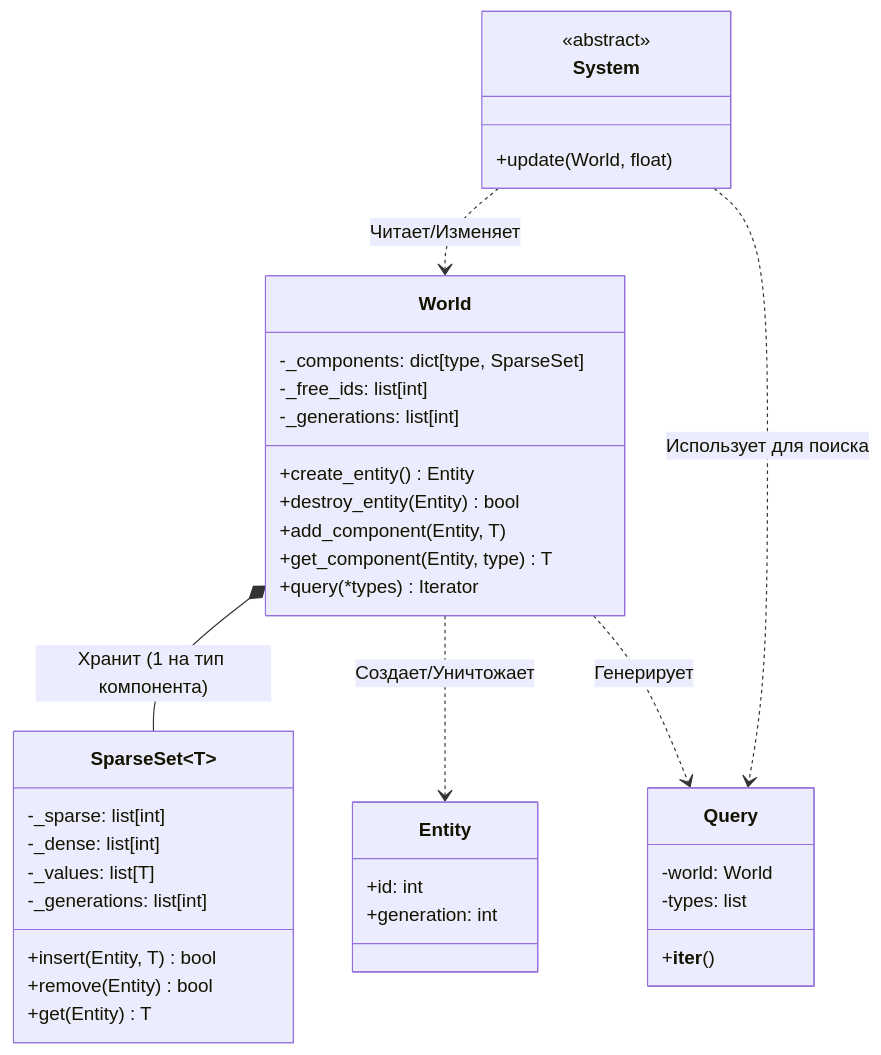
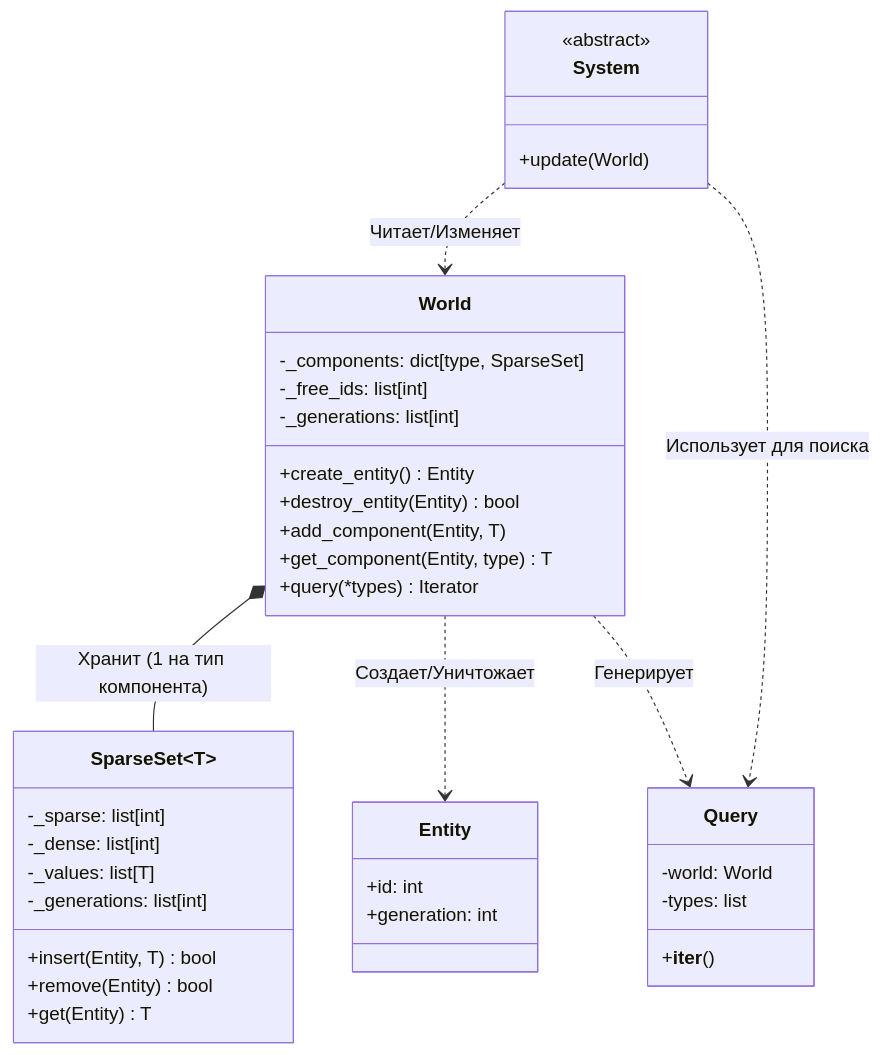
Before and after one commit to DRAGONARU/mypythongame: the second of 4 diagrams in PRESENTATION.md, drawn with Mermaid. The commit also changed other lines of this file and 1 other file, not shown here.

````diff
--- a/PRESENTATION.md
+++ b/PRESENTATION.md
@@ -140,45 +141,45 @@
 ```mermaid
 classDiagram
     class World {
         -_components: dict[type, SparseSet]
         -_free_ids: list[int]
         -_generations: list[int]
         +create_entity() Entity
         +destroy_entity(Entity) bool
         +add_component(Entity, T)
         +get_component(Entity, type) T
         +query(*types) Iterator
     }
     
     class SparseSet~T~ {
         -_sparse: list[int]
         -_dense: list[int]
         -_values: list[T]
         -_generations: list[int]
         +insert(Entity, T) bool
         +remove(Entity) bool
         +get(Entity) T
     }
 
     class Entity {
         +id: int
         +generation: int
     }
 
     class System {
         <<abstract>>
-        +update(World, float)
+        +update(World)
     }
 
     class Query {
         -world: World
         -types: list
         +__iter__()
     }
 
     World *-- SparseSet : Хранит (1 на тип компонента)
     World ..> Entity : Создает/Уничтожает
     World ..> Query : Генерирует
     System ..> World : Читает/Изменяет
     System ..> Query : Использует для поиска
 ```
````
